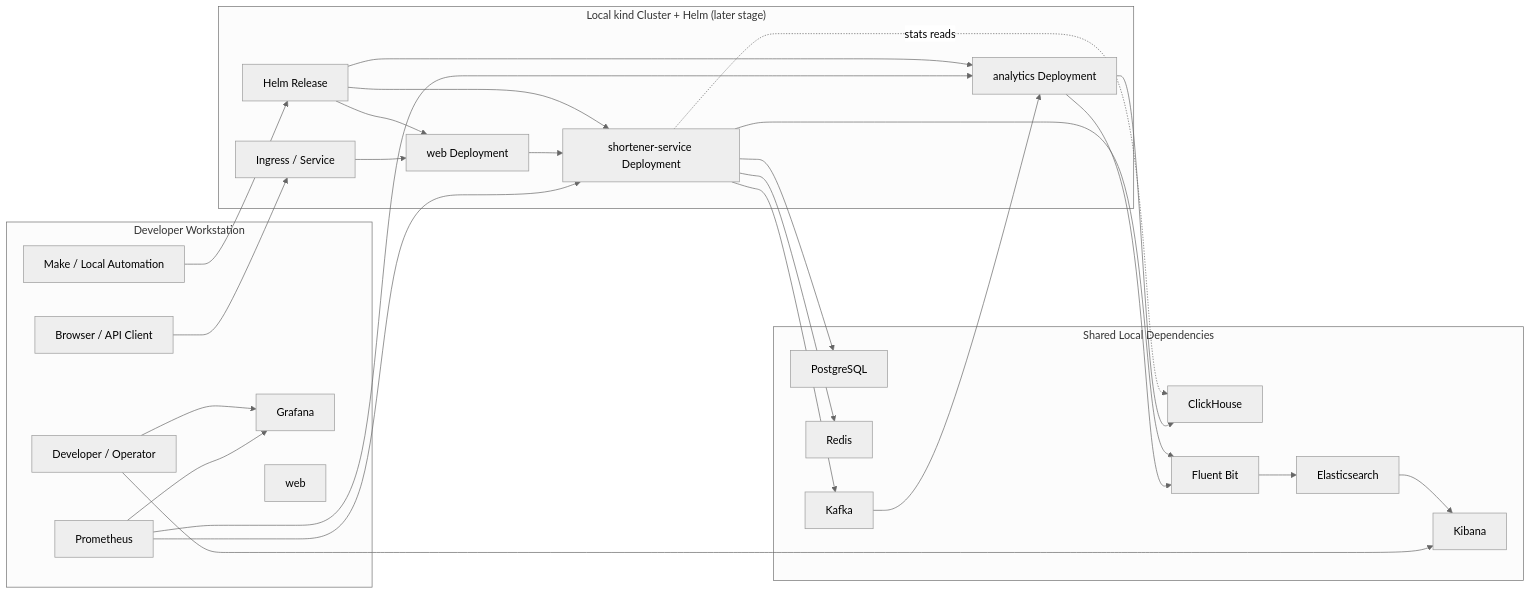
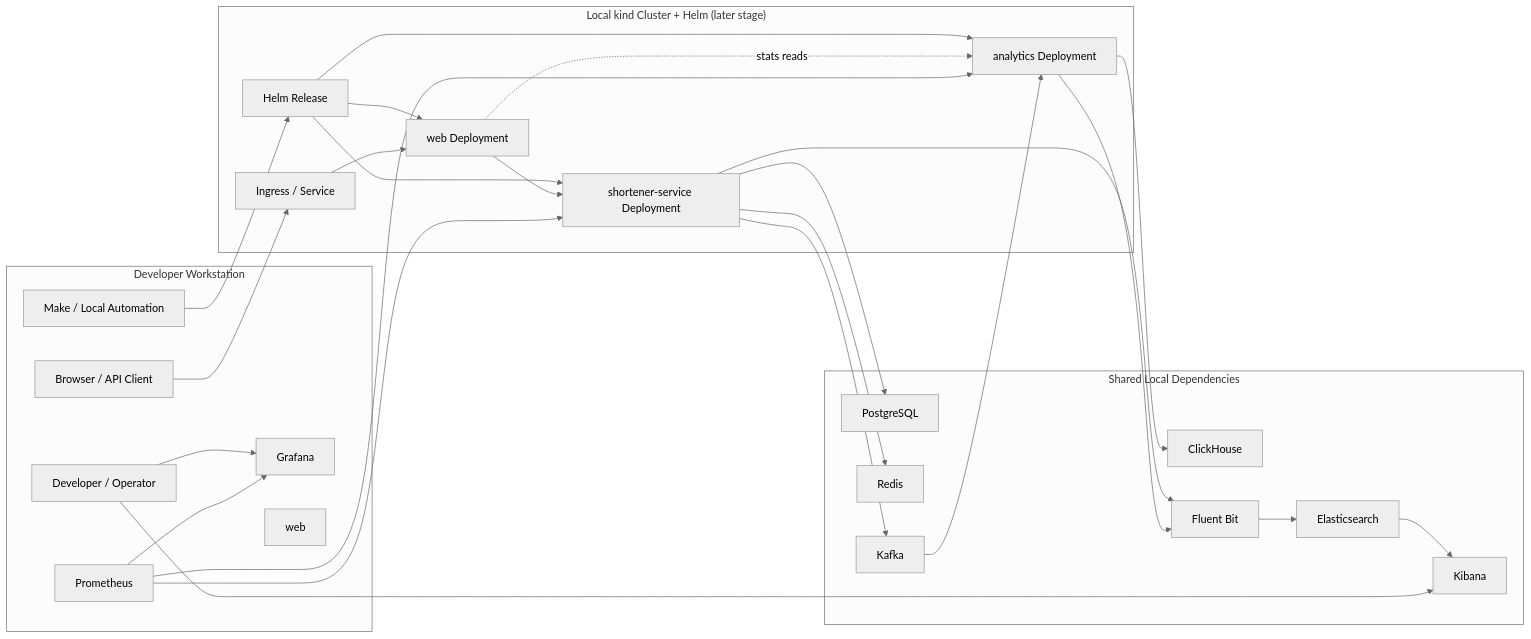
Before and after one commit to fev0ks/sandbox_url_shortener: the second of 7 diagrams in docs/system_design.md, drawn with Mermaid (neutral theme). The commit also changed other lines of this file and 31 other files, not shown here.

Commit message:
feat(analytics): add clickhouse-backed stats pipeline

````diff
--- a/docs/system_design.md
+++ b/docs/system_design.md
@@ -102,53 +102,53 @@
 ```mermaid
 flowchart LR
     subgraph workstation["Developer Workstation"]
         user["Browser / API Client"]
         operator["Developer / Operator"]
         cli["Make / Local Automation"]
         prom["Prometheus"]
         grafana["Grafana"]
         web["web"]
     end
 
     subgraph kind["Local kind Cluster + Helm (later stage)"]
         helm["Helm Release"]
         ingress["Ingress / Service"]
         k8s_web["web Deployment"]
         k8s_shortener["shortener-service Deployment"]
         k8s_analytics["analytics Deployment"]
     end
 
     subgraph deps["Shared Local Dependencies"]
         pg["PostgreSQL"]
         redis["Redis"]
         kafka["Kafka"]
         ch["ClickHouse"]
         shipper["Fluent Bit"]
         es["Elasticsearch"]
         kibana["Kibana"]
     end
 
     cli --> helm
     helm --> k8s_web
     helm --> k8s_shortener
     helm --> k8s_analytics
     user --> ingress
     ingress --> k8s_web
     k8s_web --> k8s_shortener
 
     k8s_shortener --> pg
     k8s_shortener --> redis
     k8s_shortener --> kafka
-    k8s_shortener -.->|stats reads| ch
+    k8s_web -.->|stats reads| k8s_analytics
     kafka --> k8s_analytics
     k8s_analytics --> ch
     k8s_shortener --> shipper
     k8s_analytics --> shipper
     shipper --> es
     es --> kibana
     operator --> grafana
     operator --> kibana
     prom --> k8s_shortener
     prom --> k8s_analytics
     prom --> grafana
 ```
````
